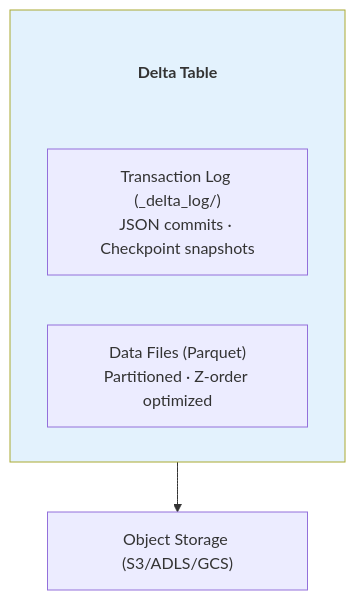
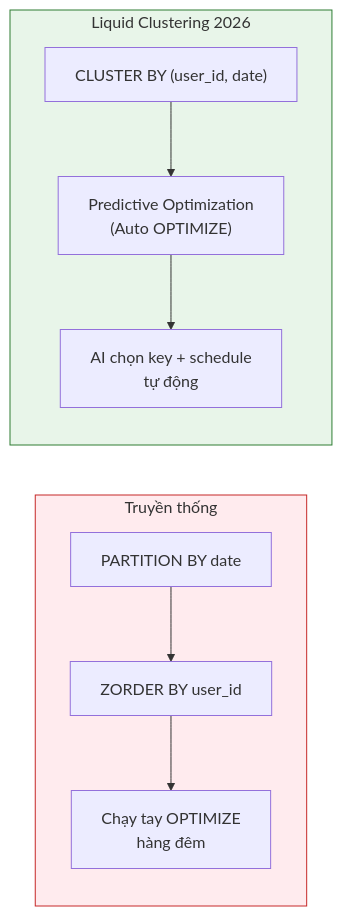
The fifth of 23 diagrams in platforms/01_Databricks.md (quocvinhx2101-ctrl/DE), drawn with Mermaid before and after one commit. The commit also changed other lines of this file and 17 other files, not shown here.

````diff
--- a/platforms/01_Databricks.md
+++ b/platforms/01_Databricks.md
@@ -86,13 +331,15 @@
 ```mermaid
-graph TB
-    subgraph DeltaTable[" "]
-        DeltaTable_title["Delta Table"]
-        style DeltaTable_title fill:none,stroke:none,color:#333,font-weight:bold
-        TxLog["Transaction Log (_delta_log/)<br/>JSON commits · Checkpoint snapshots"]
-        DataFiles["Data Files (Parquet)<br/>Partitioned · Z-order optimized"]
+graph LR
+    subgraph Old["Truyền thống"]
+        P["PARTITION BY date"] --> Z["ZORDER BY user_id"]
+        Z --> Manual["Chạy tay OPTIMIZE<br/>hàng đêm"]
     end
     
-    DeltaTable --> Storage["Object Storage (S3/ADLS/GCS)"]
+    subgraph New["Liquid Clustering 2026"]
+        LC["CLUSTER BY (user_id, date)"] --> PO["Predictive Optimization<br/>(Auto OPTIMIZE)"]
+        PO --> Smart["AI chọn key + schedule<br/>tự động"]
+    end
     
-    style DeltaTable fill:#e3f2fd
+    style Old fill:#ffebee,stroke:#c62828
+    style New fill:#e8f5e9,stroke:#2e7d32
 ```
````
